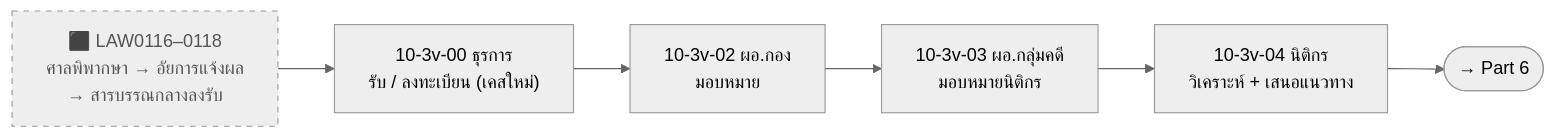
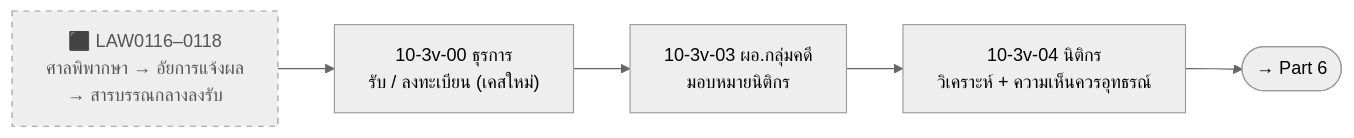
Before and after one commit to varitthon/E-CMIS-A4: the fifth of 13 diagrams in docs/activity10-flow-10.3.md, drawn with Mermaid (neutral theme). The commit also changed other lines of this file and 181 other files, not shown here.

First line of the commit message:
feat: ปรับ flow หลังประชุมคณะกรรมการ 14/10 — ตัดขั้นตอนมอบหมาย ผอ.กฎหมาย + เพิ่มระบบคำพิพากษา

````diff
--- a/docs/activity10-flow-10.3.md
+++ b/docs/activity10-flow-10.3.md
@@ -176,5 +197,5 @@
 ```mermaid
 flowchart LR
-  X5["⬛ LAW0116–0118<br/>ศาลพิพากษา → อัยการแจ้งผล<br/>→ สารบรรณกลางลงรับ"]:::ext --> V0["10-3v-00 ธุรการ<br/>รับ / ลงทะเบียน (เคสใหม่)"] --> V2["10-3v-02 ผอ.กอง<br/>มอบหมาย"] --> V3["10-3v-03 ผอ.กลุ่มคดี<br/>มอบหมายนิติกร"] --> V4["10-3v-04 นิติกร<br/>วิเคราะห์ + เสนอแนวทาง"] --> O6(["→ Part 6"])
+  X5["⬛ LAW0116–0118<br/>ศาลพิพากษา → อัยการแจ้งผล<br/>→ สารบรรณกลางลงรับ"]:::ext --> V0["10-3v-00 ธุรการ<br/>รับ / ลงทะเบียน (เคสใหม่)"] --> V3["10-3v-03 ผอ.กลุ่มคดี<br/>มอบหมายนิติกร"] --> V4["10-3v-04 นิติกร<br/>วิเคราะห์ + ความเห็นควรอุทธรณ์"] --> O6(["→ Part 6"])
   classDef ext fill:#eeeeee,stroke:#999999,stroke-dasharray:5 5,color:#555555
 ```
````
